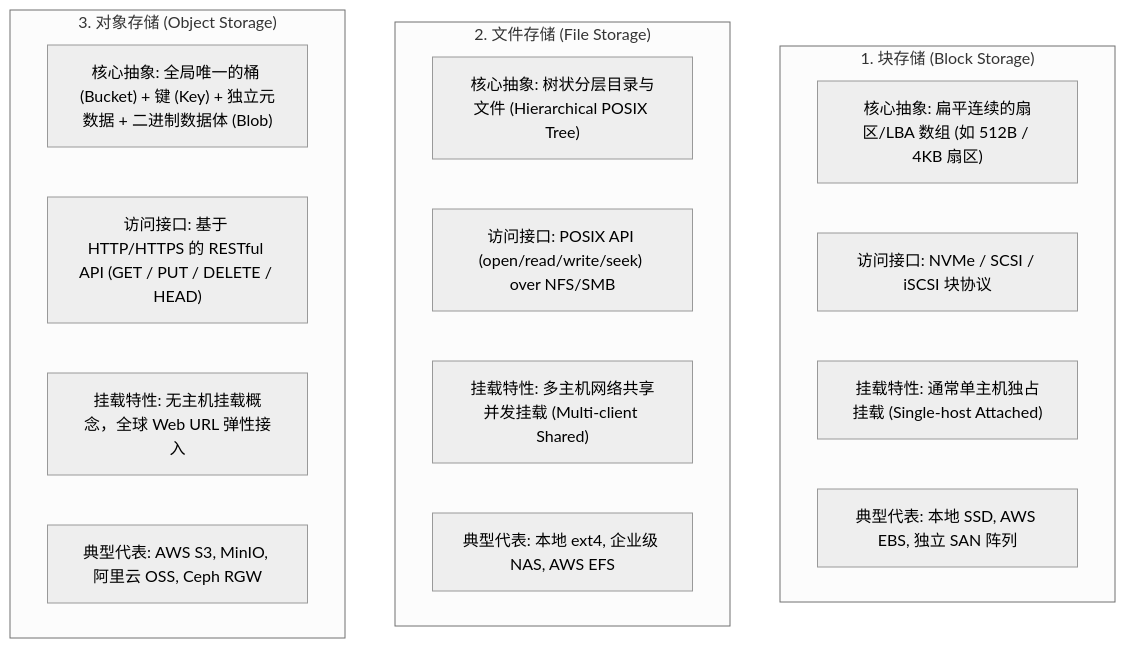
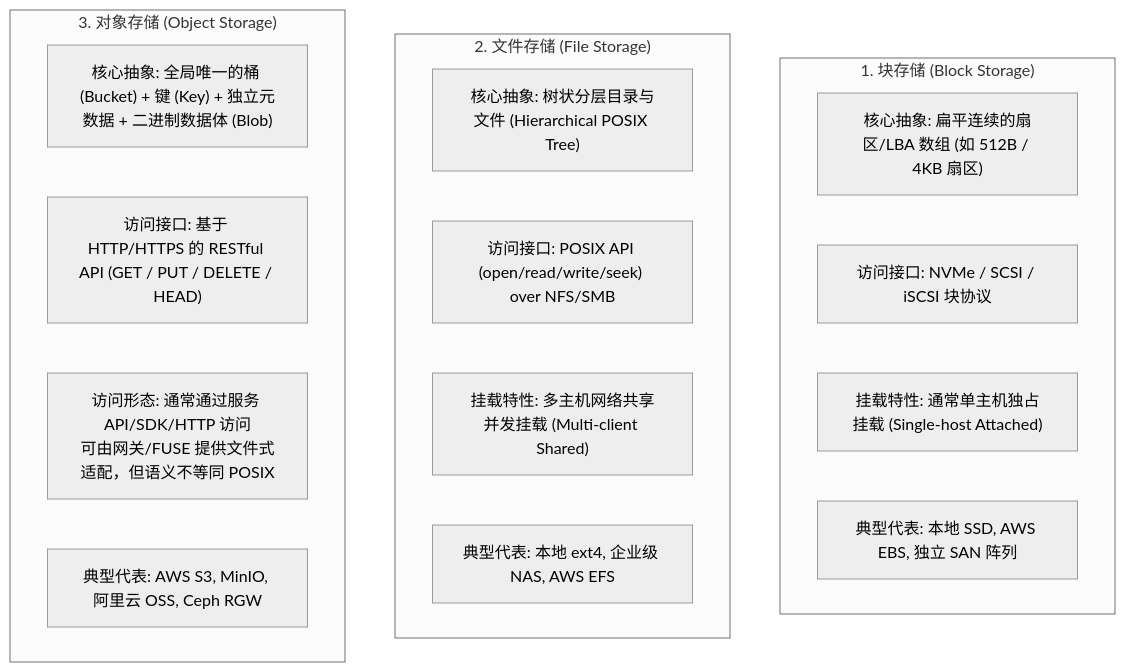
One commit to CN-JJB/essential-cs changed the first of 2 diagrams in book/09-storage-engine-durable-storage/L09-03.md. Above: the diagram before and after it, drawn with Mermaid (neutral theme). The commit also changed other lines of this file, not shown here.

````diff
--- a/book/09-storage-engine-durable-storage/L09-03.md
+++ b/book/09-storage-engine-durable-storage/L09-03.md
@@ -42,23 +42,23 @@
 ```mermaid
 flowchart TD
     subgraph BlockStorage["1. 块存储 (Block Storage)"]
         B1["核心抽象: 扁平连续的扇区/LBA 数组 (如 512B / 4KB 扇区)"]
         B2["访问接口: NVMe / SCSI / iSCSI 块协议"]
         B3["挂载特性: 通常单主机独占挂载 (Single-host Attached)"]
         B4["典型代表: 本地 SSD, AWS EBS, 独立 SAN 阵列"]
     end
 
     subgraph FileStorage["2. 文件存储 (File Storage)"]
         F1["核心抽象: 树状分层目录与文件 (Hierarchical POSIX Tree)"]
         F2["访问接口: POSIX API (open/read/write/seek) over NFS/SMB"]
         F3["挂载特性: 多主机网络共享并发挂载 (Multi-client Shared)"]
         F4["典型代表: 本地 ext4, 企业级 NAS, AWS EFS"]
     end
 
     subgraph ObjectStorage["3. 对象存储 (Object Storage)"]
         O1["核心抽象: 全局唯一的桶 (Bucket) + 键 (Key) + 独立元数据 + 二进制数据体 (Blob)"]
         O2["访问接口: 基于 HTTP/HTTPS 的 RESTful API (GET / PUT / DELETE / HEAD)"]
-        O3["挂载特性: 无主机挂载概念，全球 Web URL 弹性接入"]
+        O3["访问形态: 通常通过服务 API/SDK/HTTP 访问<br>可由网关/FUSE 提供文件式适配，但语义不等同 POSIX"]
         O4["典型代表: AWS S3, MinIO, 阿里云 OSS, Ceph RGW"]
     end
 ```
````
